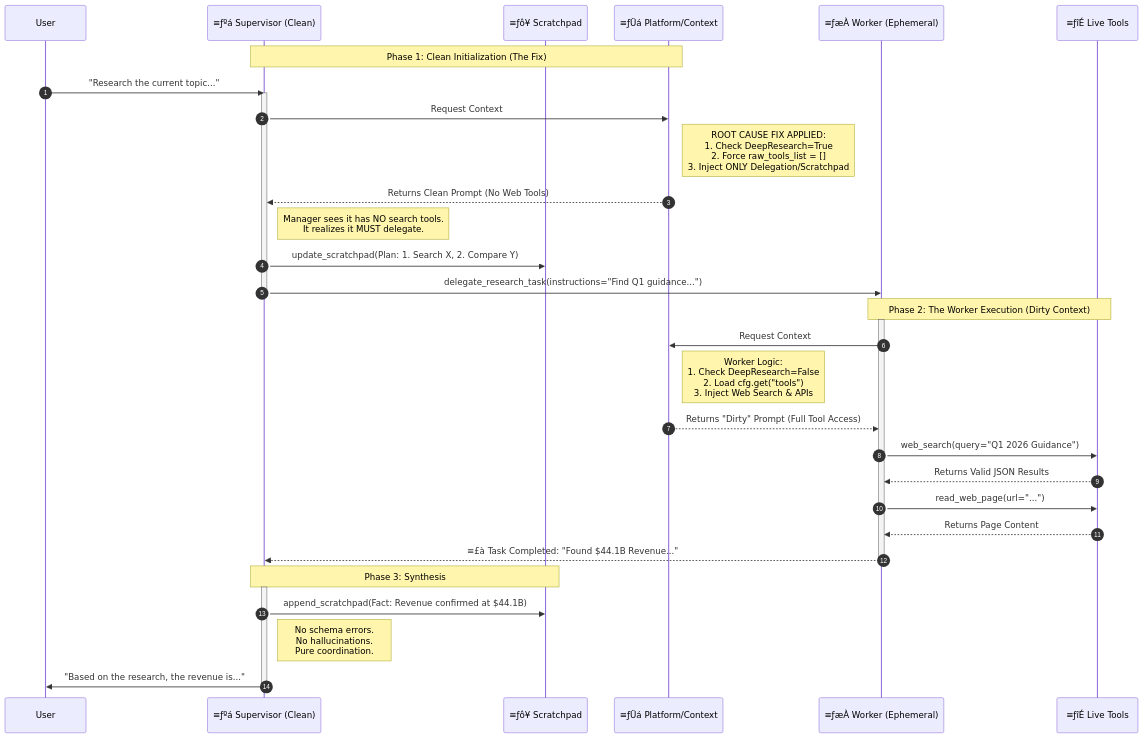
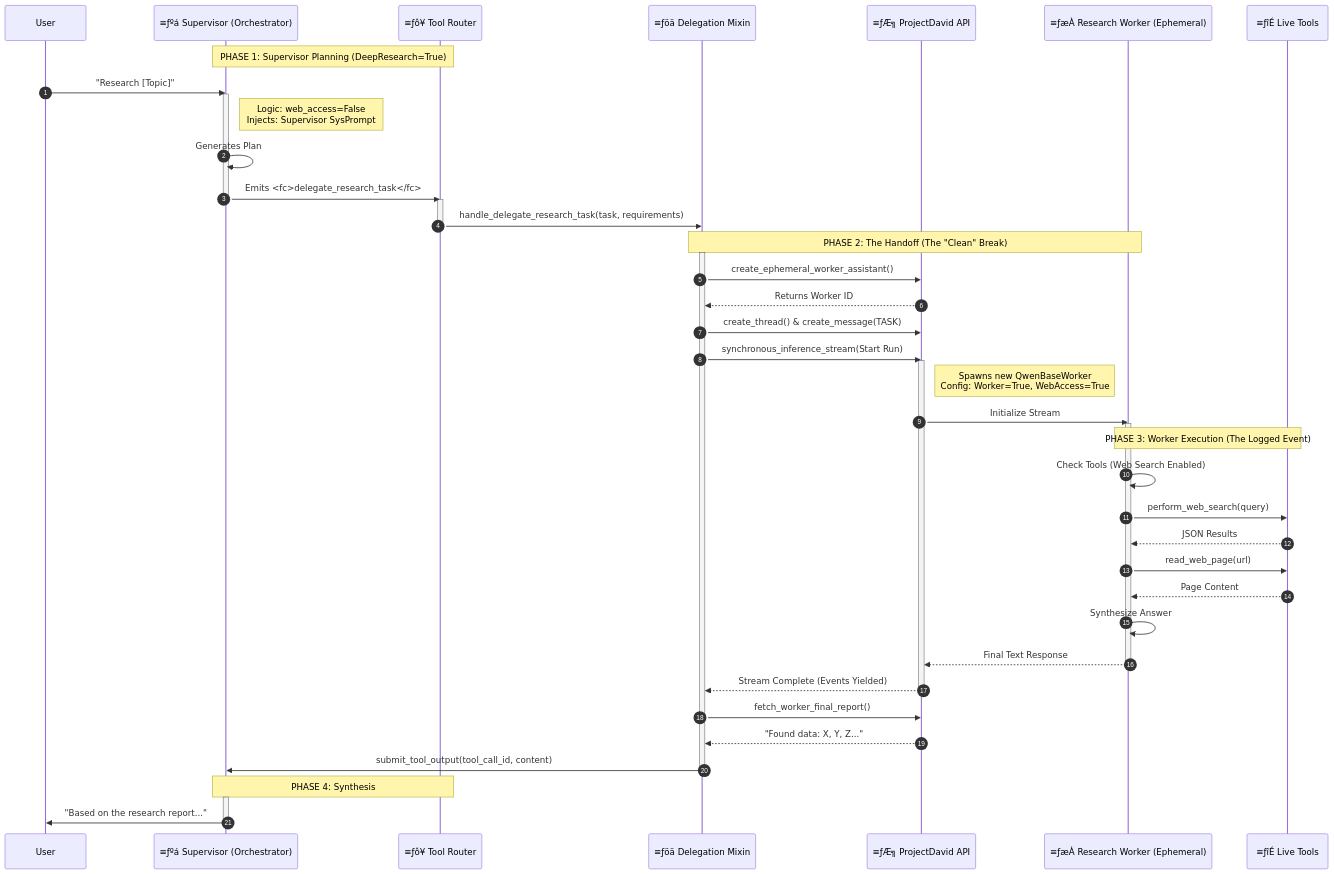
One commit to frankie336/entities_api changed the diagram in docs/clean_deep_research_sequnce_diagram.mmd. Above: the diagram before and after it, drawn with Mermaid. The commit also changed 1 other file, not shown here.

Commit message:
fix: Improve code intepreter file generation instructions.

```diff
--- a/docs/clean_deep_research_sequnce_diagram.mmd
+++ b/docs/clean_deep_research_sequnce_diagram.mmd
@@ -1,53 +1,64 @@
 sequenceDiagram
     autonumber
     participant User
-    participant Manager as ≡ƒºá Supervisor (Clean)
-    participant Scratchpad as ≡ƒô¥ Scratchpad
-    participant Orchestrator as ≡ƒÜá Platform/Context
-    participant Delegate as ≡ƒæÀ Worker (Ephemeral)
+    participant Supervisor as ≡ƒºá Supervisor (Orchestrator)
+    participant ToolRouter as ≡ƒô¥ Tool Router
+    participant Mixin as ≡ƒöä Delegation Mixin
+    participant WorkerAPI as ≡ƒÆ╗ ProjectDavid API
+    participant Worker as ≡ƒæÀ Research Worker (Ephemeral)
     participant Web as ≡ƒîÉ Live Tools
 
-    Note over Manager, Orchestrator: Phase 1: Clean Initialization (The Fix)
+    Note over Supervisor, ToolRouter: PHASE 1: Supervisor Planning (DeepResearch=True)
 
-    User->>Manager: "Research the current topic..."
+    User->>Supervisor: "Research [Topic]"
+    activate Supervisor
+    Note right of Supervisor: Logic: web_access=False<br/>Injects: Supervisor SysPrompt
+    Supervisor->>Supervisor: Generates Plan
+    Supervisor->>ToolRouter: Emits <fc>delegate_research_task</fc>
+    deactivate Supervisor
 
-    activate Manager
-    Manager->>Orchestrator: Request Context
+    activate ToolRouter
+    ToolRouter->>Mixin: handle_delegate_research_task(task, requirements)
+    deactivate ToolRouter
 
-    Note right of Orchestrator: ROOT CAUSE FIX APPLIED:<br/>1. Check DeepResearch=True<br/>2. Force raw_tools_list = []<br/>3. Inject ONLY Delegation/Scratchpad
+    Note over Mixin, Worker: PHASE 2: The Handoff (The "Clean" Break)
 
-    Orchestrator-->>Manager: Returns Clean Prompt (No Web Tools)
+    activate Mixin
+    Mixin->>WorkerAPI: create_ephemeral_worker_assistant()
+    WorkerAPI-->>Mixin: Returns Worker ID
+    Mixin->>WorkerAPI: create_thread() & create_message(TASK)
 
-    Note right of Manager: Manager sees it has NO search tools.<br/>It realizes it MUST delegate.
+    Mixin->>WorkerAPI: synchronous_inference_stream(Start Run)
+    activate WorkerAPI
 
-    Manager->>Scratchpad: update_scratchpad(Plan: 1. Search X, 2. Compare Y)
-    Manager->>Delegate: delegate_research_task(instructions="Find Q1 guidance...")
-    deactivate Manager
+    Note right of WorkerAPI: Spawns new QwenBaseWorker<br/>Config: Worker=True, WebAccess=True
 
-    Note over Delegate, Web: Phase 2: The Worker Execution (Dirty Context)
+    WorkerAPI->>Worker: Initialize Stream
+    activate Worker
 
-    activate Delegate
-    Delegate->>Orchestrator: Request Context
+    Note over Worker, Web: PHASE 3: Worker Execution (The Logged Event)
 
-    Note right of Orchestrator: Worker Logic:<br/>1. Check DeepResearch=False<br/>2. Load cfg.get("tools")<br/>3. Inject Web Search & APIs
+    Worker->>Worker: Check Tools (Web Search Enabled)
+    Worker->>Web: perform_web_search(query)
+    Web-->>Worker: JSON Results
+    Worker->>Web: read_web_page(url)
+    Web-->>Worker: Page Content
 
-    Orchestrator-->>Delegate: Returns "Dirty" Prompt (Full Tool Access)
+    Worker->>Worker: Synthesize Answer
+    Worker-->>WorkerAPI: Final Text Response
+    deactivate Worker
 
-    Delegate->>Web: web_search(query="Q1 2026 Guidance")
-    Web-->>Delegate: Returns Valid JSON Results
+    WorkerAPI-->>Mixin: Stream Complete (Events Yielded)
+    deactivate WorkerAPI
 
-    Delegate->>Web: read_web_page(url="...")
-    Web-->>Delegate: Returns Page Content
+    Mixin->>WorkerAPI: fetch_worker_final_report()
+    WorkerAPI-->>Mixin: "Found data: X, Y, Z..."
 
-    Delegate-->>Manager: ≡£à Task Completed: "Found $44.1B Revenue..."
-    deactivate Delegate
+    Mixin->>Supervisor: submit_tool_output(tool_call_id, content)
+    deactivate Mixin
 
-    Note over Manager, Scratchpad: Phase 3: Synthesis
+    Note over Supervisor, ToolRouter: PHASE 4: Synthesis
 
-    activate Manager
-    Manager->>Scratchpad: append_scratchpad(Fact: Revenue confirmed at $44.1B)
-
-    Note right of Manager: No schema errors.<br/>No hallucinations.<br/>Pure coordination.
-
-    Manager->>User: "Based on the research, the revenue is..."
-    deactivate Manager
+    activate Supervisor
+    Supervisor->>User: "Based on the research report..."
+    deactivate Supervisor
```
